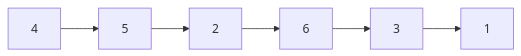
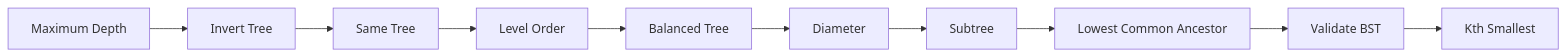
Before and after one commit to 9999dude/omega: diagram 19 of 19 in docs/datastructures/trees.md, drawn with Mermaid. The commit also changed other lines of this file and 58 other files, not shown here.

````diff
--- a/docs/datastructures/trees.md
+++ b/docs/datastructures/trees.md
@@ -636,8 +1185,12 @@
 ```mermaid
 flowchart LR
-    A["4"] --> B["5"]
-    B --> C["2"]
-    C --> D["6"]
-    D --> E["3"]
-    E --> F["1"]
+    A["Maximum Depth"] --> B["Invert Tree"]
+    B --> C["Same Tree"]
+    C --> D["Level Order"]
+    D --> E["Balanced Tree"]
+    E --> F["Diameter"]
+    F --> G["Subtree"]
+    G --> H["Lowest Common Ancestor"]
+    H --> I["Validate BST"]
+    I --> J["Kth Smallest"]
 ```
````
